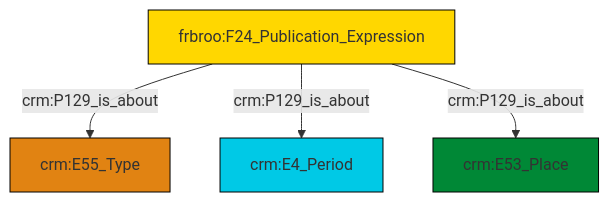
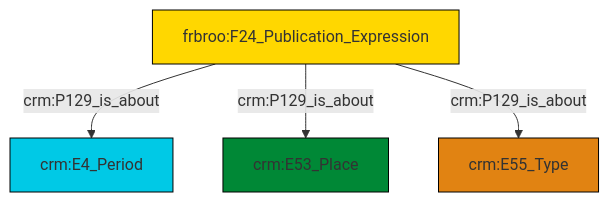
One commit to swiss-art-research-net/reference-data-models changed the diagram in et/biblioCSV/ttl/mmd/biblio_aboutness.ttl.mmd. Above: the diagram before and after it, drawn with Mermaid. The commit also changed 125 other files, not shown here.

```diff
--- a/et/biblioCSV/ttl/mmd/biblio_aboutness.ttl.mmd
+++ b/et/biblioCSV/ttl/mmd/biblio_aboutness.ttl.mmd
@@ -1,18 +1,18 @@
 graph TD
 classDef Literal fill:#f2f2f2,stroke:#000000;
 classDef CRM_Entity fill:#FFFFFF,stroke:#000000;
 classDef Temporal_Entity fill:#00C9E6, stroke:#000000;
 classDef Type fill:#E18312, stroke:#000000;
 classDef Time-Span fill:#2C9C91, stroke:#000000;
 classDef Appellation fill:#FFEB7F, stroke:#000000;
 classDef Place fill:#008836, stroke:#000000;
 classDef Persistent_Item fill:#B266B2, stroke:#000000;
 classDef Conceptual_Object fill:#FFD700, stroke:#000000;
 classDef Physical_Thing fill:#D2B48C, stroke:#000000;
 classDef Actor fill:#f58aad, stroke:#000000;
 classDef PC_Classes fill:#4ce600, stroke:#000000;
 classDef Multi fill:#cccccc,stroke:#000000;
 
-0["frbroo:F24_Publication_Expression"]:::Conceptual_Object -->|crm:P129_is_about| 1["crm:E55_Type"]:::Type
-0["frbroo:F24_Publication_Expression"]:::Conceptual_Object -->|crm:P129_is_about| 4["crm:E4_Period"]:::Temporal_Entity
-0["frbroo:F24_Publication_Expression"]:::Conceptual_Object -->|crm:P129_is_about| 6["crm:E53_Place"]:::Place
+0["frbroo:F24_Publication_Expression"]:::Conceptual_Object -->|crm:P129_is_about| 1["crm:E4_Period"]:::Temporal_Entity
+0["frbroo:F24_Publication_Expression"]:::Conceptual_Object -->|crm:P129_is_about| 2["crm:E53_Place"]:::Place
+0["frbroo:F24_Publication_Expression"]:::Conceptual_Object -->|crm:P129_is_about| 3["crm:E55_Type"]:::Type
```
